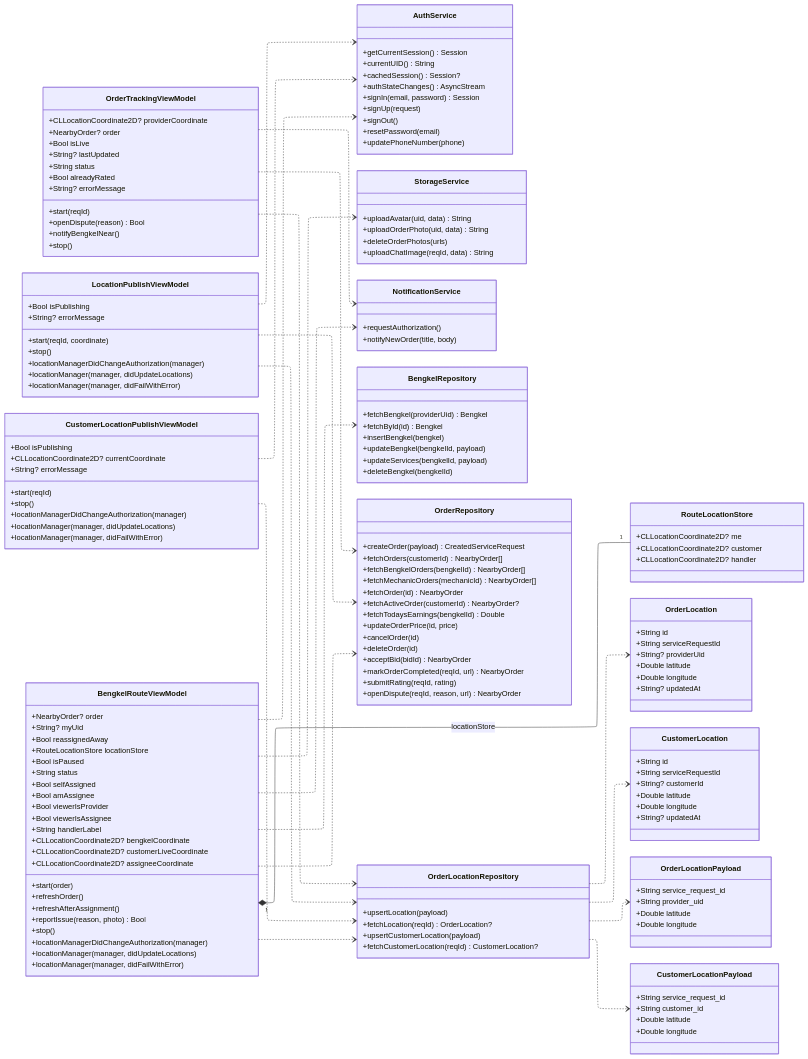
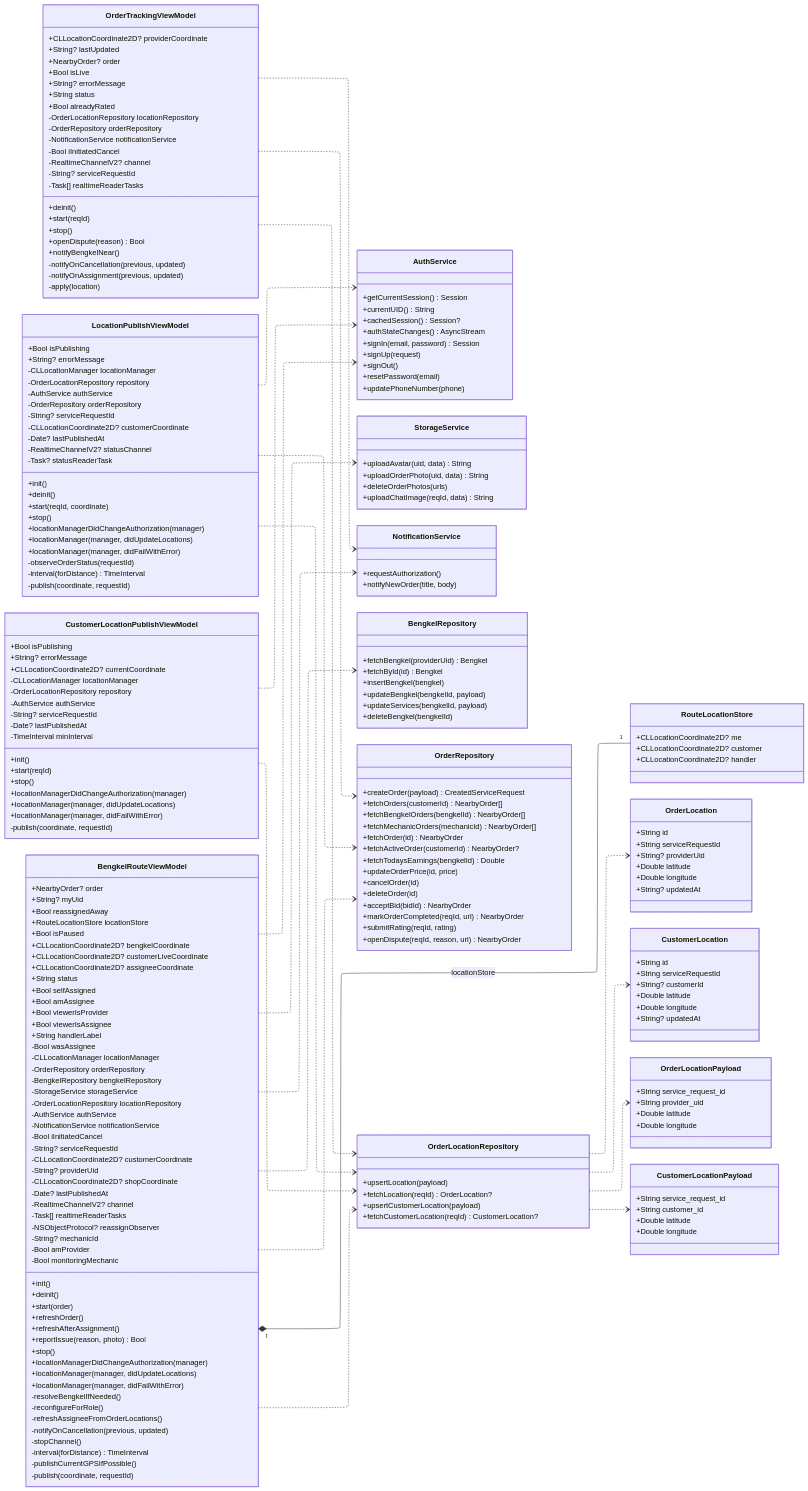
One commit to rei-soemanto/BengkelIn_SE changed the eighth of 12 diagrams in diagram/feature-class-diagrams.md. Above: the diagram before and after it, drawn with Mermaid. The commit also changed other lines of this file and 17 other files, not shown here.

Commit message:
more accurate class diagram

```diff
--- a/diagram/feature-class-diagrams.md
+++ b/diagram/feature-class-diagrams.md
@@ -1242,35 +1332,68 @@
     }
     class OrderTrackingViewModel {
         +CLLocationCoordinate2D? providerCoordinate
+        +String? lastUpdated
         +NearbyOrder? order
         +Bool isLive
-        +String? lastUpdated
+        +String? errorMessage
         +String status
         +Bool alreadyRated
-        +String? errorMessage
+        -OrderLocationRepository locationRepository
+        -OrderRepository orderRepository
+        -NotificationService notificationService
+        -Bool iInitiatedCancel
+        -RealtimeChannelV2? channel
+        -String? serviceRequestId
+        -Task[] realtimeReaderTasks
+        +deinit()
         +start(reqId)
+        +stop()
         +openDispute(reason) Bool
         +notifyBengkelNear()
-        +stop()
+        -notifyOnCancellation(previous, updated)
+        -notifyOnAssignment(previous, updated)
+        -apply(location)
     }
     class LocationPublishViewModel {
         +Bool isPublishing
         +String? errorMessage
+        -CLLocationManager locationManager
+        -OrderLocationRepository repository
+        -AuthService authService
+        -OrderRepository orderRepository
+        -String? serviceRequestId
+        -CLLocationCoordinate2D? customerCoordinate
+        -Date? lastPublishedAt
+        -RealtimeChannelV2? statusChannel
+        -Task? statusReaderTask
+        +init()
+        +deinit()
         +start(reqId, coordinate)
         +stop()
         +locationManagerDidChangeAuthorization(manager)
         +locationManager(manager, didUpdateLocations)
         +locationManager(manager, didFailWithError)
+        -observeOrderStatus(requestId)
+        -interval(forDistance) TimeInterval
+        -publish(coordinate, requestId)
     }
     class CustomerLocationPublishViewModel {
         +Bool isPublishing
+        +String? errorMessage
         +CLLocationCoordinate2D? currentCoordinate
-        +String? errorMessage
+        -CLLocationManager locationManager
+        -OrderLocationRepository repository
+        -AuthService authService
+        -String? serviceRequestId
+        -Date? lastPublishedAt
+        -TimeInterval minInterval
+        +init()
         +start(reqId)
         +stop()
         +locationManagerDidChangeAuthorization(manager)
         +locationManager(manager, didUpdateLocations)
         +locationManager(manager, didFailWithError)
+        -publish(coordinate, requestId)
     }
     class BengkelRouteViewModel {
         +NearbyOrder? order
@@ -1278,15 +1401,37 @@
         +Bool reassignedAway
         +RouteLocationStore locationStore
         +Bool isPaused
+        +CLLocationCoordinate2D? bengkelCoordinate
+        +CLLocationCoordinate2D? customerLiveCoordinate
+        +CLLocationCoordinate2D? assigneeCoordinate
         +String status
         +Bool selfAssigned
         +Bool amAssignee
         +Bool viewerIsProvider
         +Bool viewerIsAssignee
         +String handlerLabel
-        +CLLocationCoordinate2D? bengkelCoordinate
-        +CLLocationCoordinate2D? customerLiveCoordinate
-        +CLLocationCoordinate2D? assigneeCoordinate
+        -Bool wasAssignee
+        -CLLocationManager locationManager
+        -OrderRepository orderRepository
+        -BengkelRepository bengkelRepository
+        -StorageService storageService
+        -OrderLocationRepository locationRepository
+        -AuthService authService
+        -NotificationService notificationService
+        -Bool iInitiatedCancel
+        -String? serviceRequestId
+        -CLLocationCoordinate2D? customerCoordinate
+        -String? providerUid
+        -CLLocationCoordinate2D? shopCoordinate
+        -Date? lastPublishedAt
+        -RealtimeChannelV2? channel
+        -Task[] realtimeReaderTasks
+        -NSObjectProtocol? reassignObserver
+        -String? mechanicId
+        -Bool amProvider
+        -Bool monitoringMechanic
+        +init()
+        +deinit()
         +start(order)
         +refreshOrder()
         +refreshAfterAssignment()
@@ -1295,6 +1440,14 @@
         +locationManagerDidChangeAuthorization(manager)
         +locationManager(manager, didUpdateLocations)
         +locationManager(manager, didFailWithError)
+        -resolveBengkelIfNeeded()
+        -reconfigureForRole()
+        -refreshAssigneeFromOrderLocations()
+        -notifyOnCancellation(previous, updated)
+        -stopChannel()
+        -interval(forDistance) TimeInterval
+        -publishCurrentGPSIfPossible()
+        -publish(coordinate, requestId)
     }
     class RouteLocationStore {
         +CLLocationCoordinate2D? me
```
